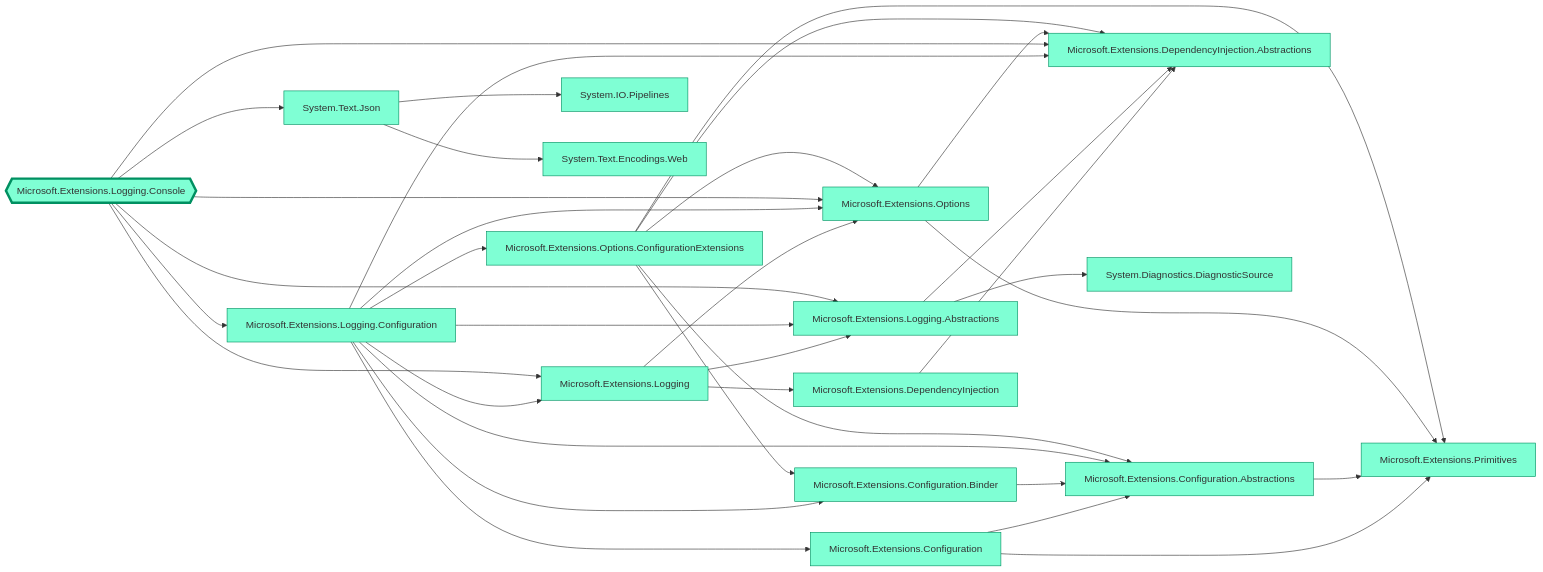
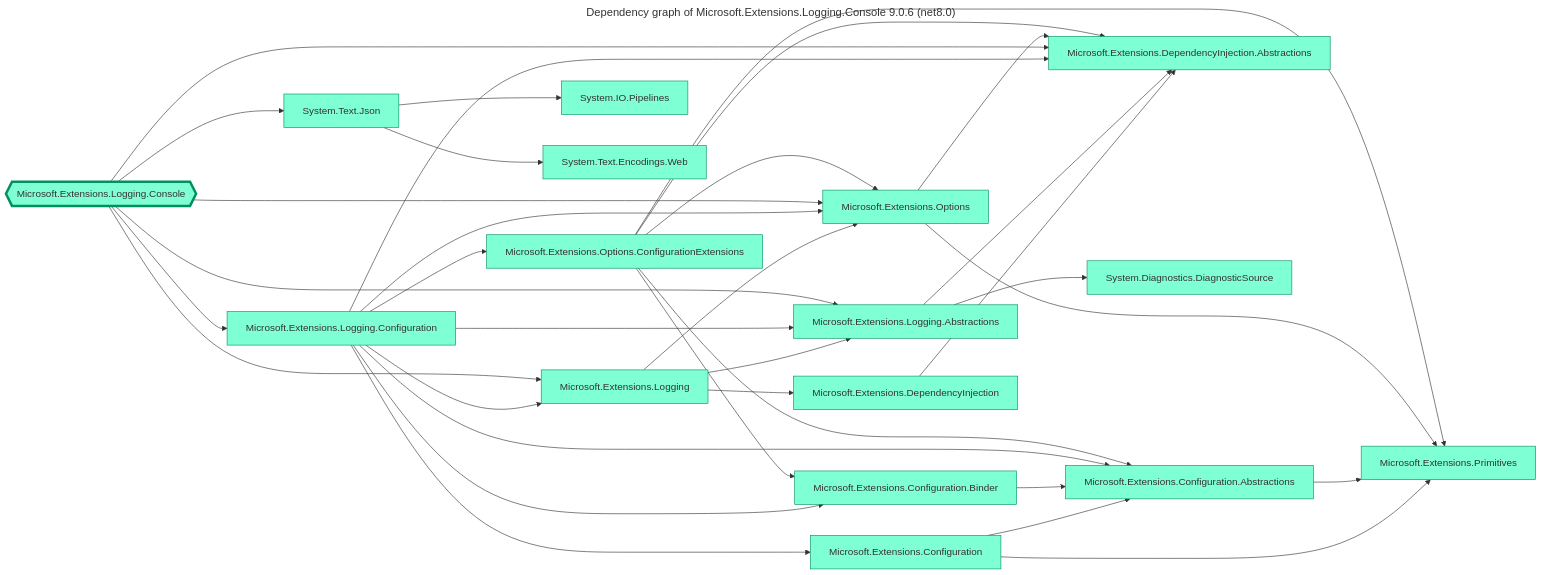
Before and after one commit to 0xced/nugraph: the diagram in README.md, drawn with Mermaid.

Commit message:
Re-generate the mermaid graph for the README

````diff
--- a/README.md
+++ b/README.md
@@ -5,74 +5,78 @@
 ```mermaid
+---
+title: Dependency graph of Microsoft.Extensions.Logging.Console 9.0.6 (net8.0)
+---
+
 graph LR
 
 classDef root stroke-width:4px
 classDef default fill:aquamarine,stroke:#009061,color:#333333
 
 Microsoft.Extensions.Configuration --> Microsoft.Extensions.Configuration.Abstractions
 Microsoft.Extensions.Configuration --> Microsoft.Extensions.Primitives
 Microsoft.Extensions.Configuration.Abstractions --> Microsoft.Extensions.Primitives
 Microsoft.Extensions.Configuration.Binder --> Microsoft.Extensions.Configuration.Abstractions
 Microsoft.Extensions.DependencyInjection --> Microsoft.Extensions.DependencyInjection.Abstractions
 Microsoft.Extensions.Logging --> Microsoft.Extensions.DependencyInjection
 Microsoft.Extensions.Logging --> Microsoft.Extensions.Logging.Abstractions
 Microsoft.Extensions.Logging --> Microsoft.Extensions.Options
 Microsoft.Extensions.Logging.Abstractions --> Microsoft.Extensions.DependencyInjection.Abstractions
 Microsoft.Extensions.Logging.Abstractions --> System.Diagnostics.DiagnosticSource
 Microsoft.Extensions.Logging.Configuration --> Microsoft.Extensions.Configuration
 Microsoft.Extensions.Logging.Configuration --> Microsoft.Extensions.Configuration.Abstractions
 Microsoft.Extensions.Logging.Configuration --> Microsoft.Extensions.Configuration.Binder
 Microsoft.Extensions.Logging.Configuration --> Microsoft.Extensions.DependencyInjection.Abstractions
 Microsoft.Extensions.Logging.Configuration --> Microsoft.Extensions.Logging
 Microsoft.Extensions.Logging.Configuration --> Microsoft.Extensions.Logging.Abstractions
 Microsoft.Extensions.Logging.Configuration --> Microsoft.Extensions.Options
 Microsoft.Extensions.Logging.Configuration --> Microsoft.Extensions.Options.ConfigurationExtensions
 Microsoft.Extensions.Logging.Console{{Microsoft.Extensions.Logging.Console}} --> Microsoft.Extensions.DependencyInjection.Abstractions
-Microsoft.Extensions.Logging.Console{{Microsoft.Extensions.Logging.Console}} --> Microsoft.Extensions.Logging
-Microsoft.Extensions.Logging.Console{{Microsoft.Extensions.Logging.Console}} --> Microsoft.Extensions.Logging.Abstractions
-Microsoft.Extensions.Logging.Console{{Microsoft.Extensions.Logging.Console}} --> Microsoft.Extensions.Logging.Configuration
-Microsoft.Extensions.Logging.Console{{Microsoft.Extensions.Logging.Console}} --> Microsoft.Extensions.Options
-Microsoft.Extensions.Logging.Console{{Microsoft.Extensions.Logging.Console}} --> System.Text.Json
+Microsoft.Extensions.Logging.Console --> Microsoft.Extensions.Logging
+Microsoft.Extensions.Logging.Console --> Microsoft.Extensions.Logging.Abstractions
+Microsoft.Extensions.Logging.Console --> Microsoft.Extensions.Logging.Configuration
+Microsoft.Extensions.Logging.Console --> Microsoft.Extensions.Options
+Microsoft.Extensions.Logging.Console --> System.Text.Json
 Microsoft.Extensions.Options --> Microsoft.Extensions.DependencyInjection.Abstractions
 Microsoft.Extensions.Options --> Microsoft.Extensions.Primitives
 Microsoft.Extensions.Options.ConfigurationExtensions --> Microsoft.Extensions.Configuration.Abstractions
 Microsoft.Extensions.Options.ConfigurationExtensions --> Microsoft.Extensions.Configuration.Binder
 Microsoft.Extensions.Options.ConfigurationExtensions --> Microsoft.Extensions.DependencyInjection.Abstractions
 Microsoft.Extensions.Options.ConfigurationExtensions --> Microsoft.Extensions.Options
 Microsoft.Extensions.Options.ConfigurationExtensions --> Microsoft.Extensions.Primitives
 System.Text.Json --> System.IO.Pipelines
 System.Text.Json --> System.Text.Encodings.Web
 
 class Microsoft.Extensions.Configuration default
 click Microsoft.Extensions.Configuration "https://www.nuget.org/packages/Microsoft.Extensions.Configuration/9.0.6" "Microsoft.Extensions.Configuration 9.0.6"
 class Microsoft.Extensions.Configuration.Abstractions default
 click Microsoft.Extensions.Configuration.Abstractions "https://www.nuget.org/packages/Microsoft.Extensions.Configuration.Abstractions/9.0.6" "Microsoft.Extensions.Configuration.Abstractions 9.0.6"
 class Microsoft.Extensions.Configuration.Binder default
 click Microsoft.Extensions.Configuration.Binder "https://www.nuget.org/packages/Microsoft.Extensions.Configuration.Binder/9.0.6" "Microsoft.Extensions.Configuration.Binder 9.0.6"
 class Microsoft.Extensions.DependencyInjection default
 click Microsoft.Extensions.DependencyInjection "https://www.nuget.org/packages/Microsoft.Extensions.DependencyInjection/9.0.6" "Microsoft.Extensions.DependencyInjection 9.0.6"
 class Microsoft.Extensions.DependencyInjection.Abstractions default
 click Microsoft.Extensions.DependencyInjection.Abstractions "https://www.nuget.org/packages/Microsoft.Extensions.DependencyInjection.Abstractions/9.0.6" "Microsoft.Extensions.DependencyInjection.Abstractions 9.0.6"
 class Microsoft.Extensions.Logging default
 click Microsoft.Extensions.Logging "https://www.nuget.org/packages/Microsoft.Extensions.Logging/9.0.6" "Microsoft.Extensions.Logging 9.0.6"
 class Microsoft.Extensions.Logging.Abstractions default
 click Microsoft.Extensions.Logging.Abstractions "https://www.nuget.org/packages/Microsoft.Extensions.Logging.Abstractions/9.0.6" "Microsoft.Extensions.Logging.Abstractions 9.0.6"
 class Microsoft.Extensions.Logging.Configuration default
 click Microsoft.Extensions.Logging.Configuration "https://www.nuget.org/packages/Microsoft.Extensions.Logging.Configuration/9.0.6" "Microsoft.Extensions.Logging.Configuration 9.0.6"
 class Microsoft.Extensions.Logging.Console root
 class Microsoft.Extensions.Logging.Console default
 click Microsoft.Extensions.Logging.Console "https://www.nuget.org/packages/Microsoft.Extensions.Logging.Console/9.0.6" "Microsoft.Extensions.Logging.Console 9.0.6"
 class Microsoft.Extensions.Options default
 click Microsoft.Extensions.Options "https://www.nuget.org/packages/Microsoft.Extensions.Options/9.0.6" "Microsoft.Extensions.Options 9.0.6"
 class Microsoft.Extensions.Options.ConfigurationExtensions default
 click Microsoft.Extensions.Options.ConfigurationExtensions "https://www.nuget.org/packages/Microsoft.Extensions.Options.ConfigurationExtensions/9.0.6" "Microsoft.Extensions.Options.ConfigurationExtensions 9.0.6"
 class Microsoft.Extensions.Primitives default
 click Microsoft.Extensions.Primitives "https://www.nuget.org/packages/Microsoft.Extensions.Primitives/9.0.6" "Microsoft.Extensions.Primitives 9.0.6"
 class System.Diagnostics.DiagnosticSource default
 click System.Diagnostics.DiagnosticSource "https://www.nuget.org/packages/System.Diagnostics.DiagnosticSource/9.0.6" "System.Diagnostics.DiagnosticSource 9.0.6"
 class System.IO.Pipelines default
 click System.IO.Pipelines "https://www.nuget.org/packages/System.IO.Pipelines/9.0.6" "System.IO.Pipelines 9.0.6"
 class System.Text.Encodings.Web default
 click System.Text.Encodings.Web "https://www.nuget.org/packages/System.Text.Encodings.Web/9.0.6" "System.Text.Encodings.Web 9.0.6"
 class System.Text.Json default
 click System.Text.Json "https://www.nuget.org/packages/System.Text.Json/9.0.6" "System.Text.Json 9.0.6"
 ```
````
